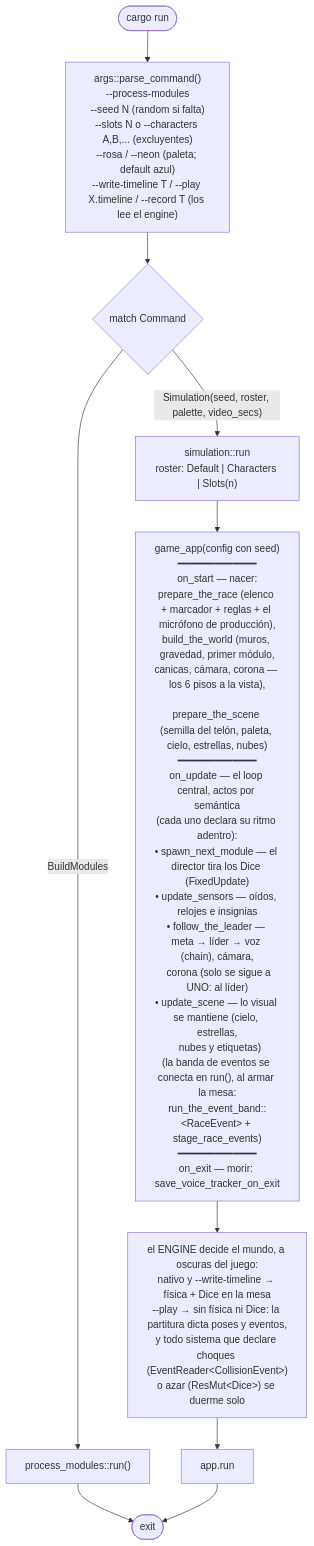
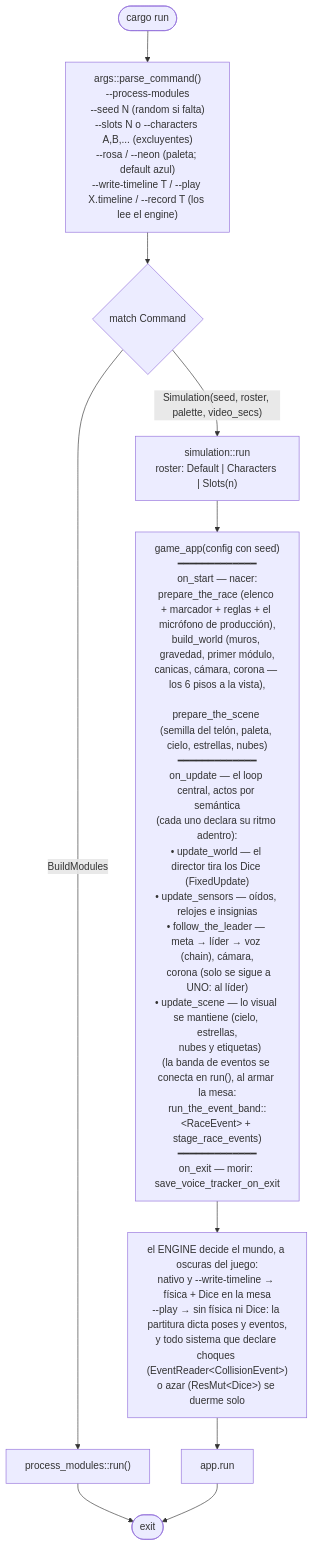
One commit to jesusgomeznuz/canicasbrawl-rapier changed the first of 5 diagrams in docs/flow.md. Above: the diagram before and after it, drawn with Mermaid. The commit also changed 4 other files, not shown here.

First line of the commit message:
rename: build_world + update_world — el loop en cuatro renglones sin títulos

````diff
--- a/docs/flow.md
+++ b/docs/flow.md
@@ -7,15 +7,15 @@
 ```mermaid
 flowchart TD
     Start([cargo run]) --> Parse["args::parse_command()<br/>--process-modules<br/>--seed N (random si falta)<br/>--slots N o --characters A,B,... (excluyentes)<br/>--rosa / --neon (paleta; default azul)<br/>--write-timeline T / --play X.timeline / --record T (los lee el engine)"]
     Parse --> Match{match Command}
     Match -- BuildModules --> Editor["process_modules::run()"]
     Match -- "Simulation(seed, roster, palette, video_secs)" --> Run["simulation::run<br/>roster: Default | Characters | Slots(n)"]
 
-    Run --> Fases["game_app(config con seed)<br/>━━━━━━━━━━━━━<br/>on_start — nacer:<br/>prepare_the_race (elenco + marcador + reglas + el micrófono de producción),<br/>build_the_world (muros, gravedad, primer módulo,<br/>canicas, cámara, corona — los 6 pisos a la vista),<br/><br/>prepare_the_scene (semilla del telón, paleta, cielo, estrellas, nubes)<br/>━━━━━━━━━━━━━<br/>on_update — el loop central, actos por semántica<br/>(cada uno declara su ritmo adentro):<br/>• spawn_next_module — el director tira los Dice (FixedUpdate)<br/>• update_sensors — oídos, relojes e insignias<br/>• follow_the_leader — meta → líder → voz (chain), cámara,<br/>&nbsp;&nbsp;corona (solo se sigue a UNO: al líder)<br/>• update_scene — lo visual se mantiene (cielo, estrellas,<br/>&nbsp;&nbsp;nubes y etiquetas)<br/>(la banda de eventos se conecta en run(), al armar la mesa:<br/>run_the_event_band::&lt;RaceEvent&gt; + stage_race_events)<br/>━━━━━━━━━━━━━<br/>on_exit — morir: save_voice_tracker_on_exit"]
+    Run --> Fases["game_app(config con seed)<br/>━━━━━━━━━━━━━<br/>on_start — nacer:<br/>prepare_the_race (elenco + marcador + reglas + el micrófono de producción),<br/>build_world (muros, gravedad, primer módulo,<br/>canicas, cámara, corona — los 6 pisos a la vista),<br/><br/>prepare_the_scene (semilla del telón, paleta, cielo, estrellas, nubes)<br/>━━━━━━━━━━━━━<br/>on_update — el loop central, actos por semántica<br/>(cada uno declara su ritmo adentro):<br/>• update_world — el director tira los Dice (FixedUpdate)<br/>• update_sensors — oídos, relojes e insignias<br/>• follow_the_leader — meta → líder → voz (chain), cámara,<br/>&nbsp;&nbsp;corona (solo se sigue a UNO: al líder)<br/>• update_scene — lo visual se mantiene (cielo, estrellas,<br/>&nbsp;&nbsp;nubes y etiquetas)<br/>(la banda de eventos se conecta en run(), al armar la mesa:<br/>run_the_event_band::&lt;RaceEvent&gt; + stage_race_events)<br/>━━━━━━━━━━━━━<br/>on_exit — morir: save_voice_tracker_on_exit"]
 
     Fases --> Dark["el ENGINE decide el mundo, a oscuras del juego:<br/>nativo y --write-timeline → física + Dice en la mesa<br/>--play → sin física ni Dice: la partitura dicta poses y eventos,<br/>y todo sistema que declare choques (EventReader&lt;CollisionEvent&gt;)<br/>o azar (ResMut&lt;Dice&gt;) se duerme solo"]
 
     Editor --> End([exit])
     Dark --> Loop["app.run"]
     Loop --> End
 ```
````
